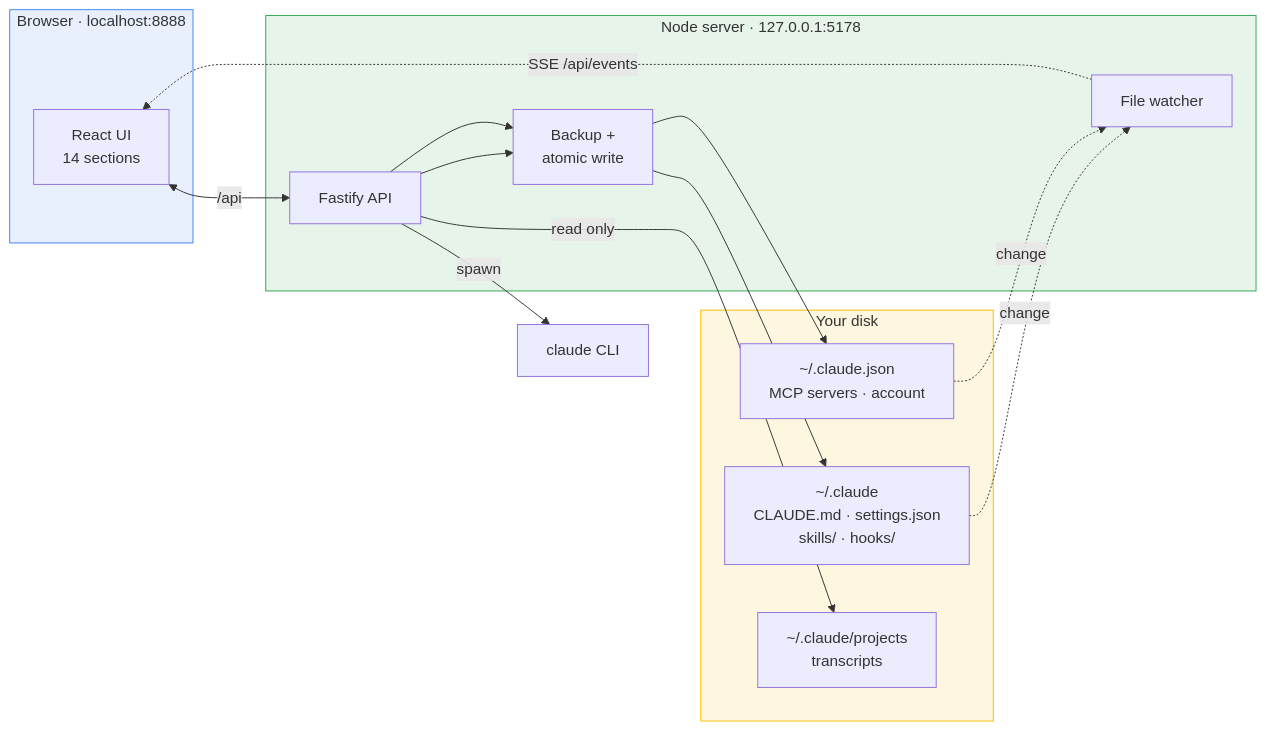
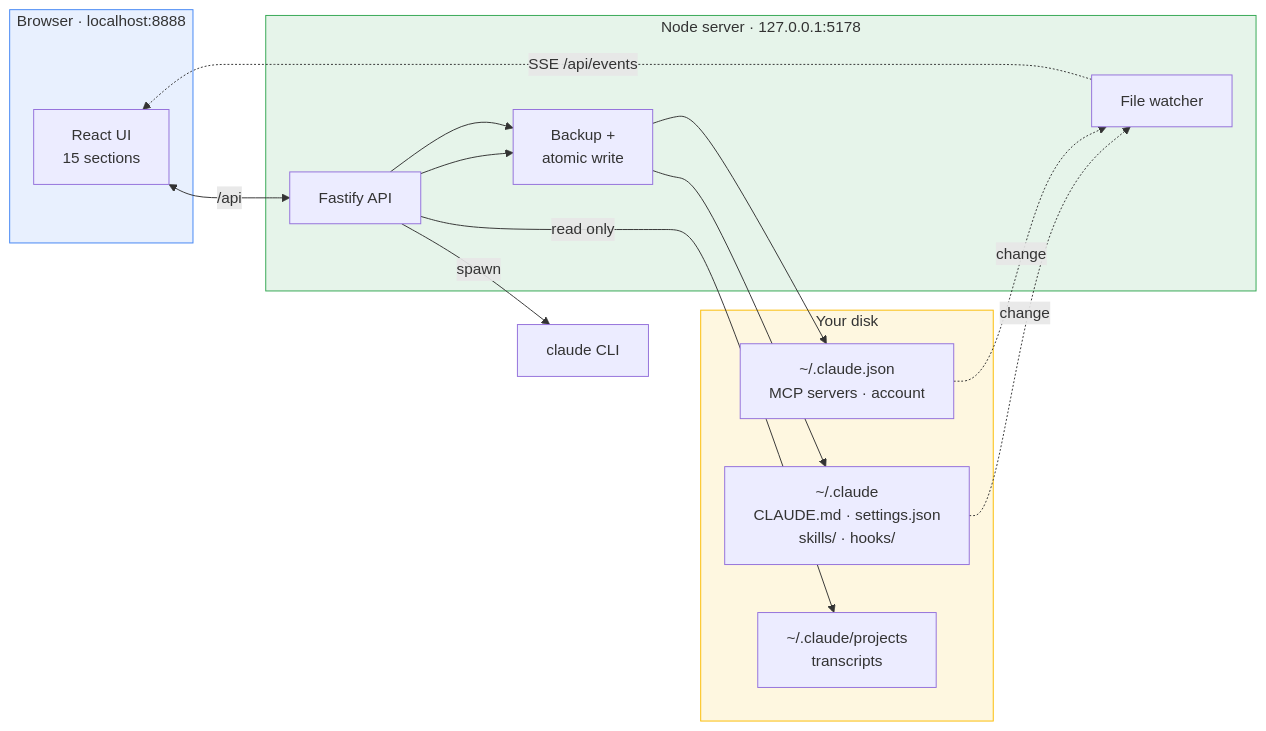
Before and after one commit to rusyander/claude-control: the first of 3 diagrams in README.md, drawn with Mermaid. The commit also changed other lines of this file and 224 other files, not shown here.

````diff
--- a/README.md
+++ b/README.md
@@ -91,33 +91,33 @@
 ```mermaid
 flowchart LR
     subgraph browser["Browser · localhost:8888"]
-        UI["React UI<br/>14 sections"]
+        UI["React UI<br/>15 sections"]
     end
 
     subgraph server["Node server · 127.0.0.1:5178"]
         API["Fastify API"]
         WATCH["File watcher"]
         SAFE["Backup +<br/>atomic write"]
     end
 
     subgraph disk["Your disk"]
         CFG["~/.claude<br/>CLAUDE.md · settings.json<br/>skills/ · hooks/"]
         MCP["~/.claude.json<br/>MCP servers · account"]
         TR["~/.claude/projects<br/>transcripts"]
     end
 
     CLI["claude CLI"]
 
     UI <-->|"/api"| API
     API --> SAFE --> CFG
     API --> SAFE --> MCP
     API -->|read only| TR
     API -->|spawn| CLI
     CFG -.->|change| WATCH
     MCP -.->|change| WATCH
     WATCH -.->|"SSE /api/events"| UI
 
     style browser fill:#e8f0fe,stroke:#4285f4
     style server fill:#e6f4ea,stroke:#34a853
     style disk fill:#fef7e0,stroke:#fbbc04
 ```
````
